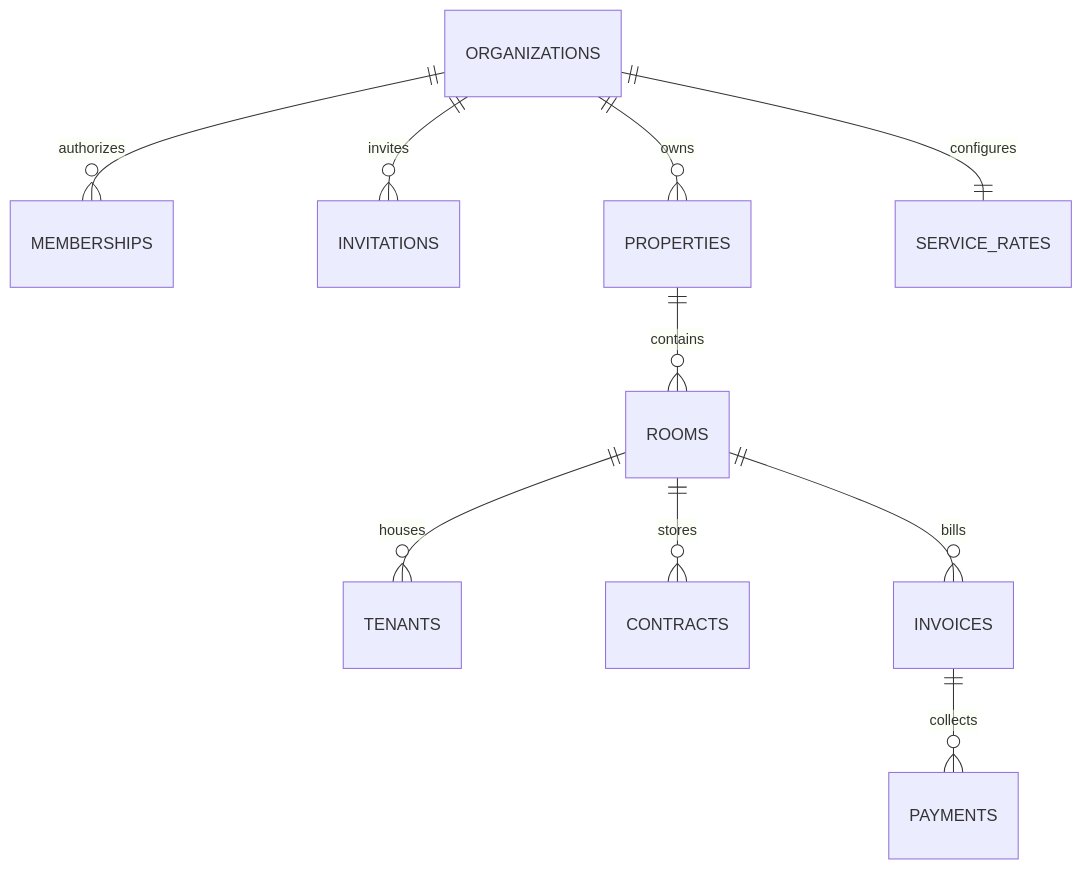
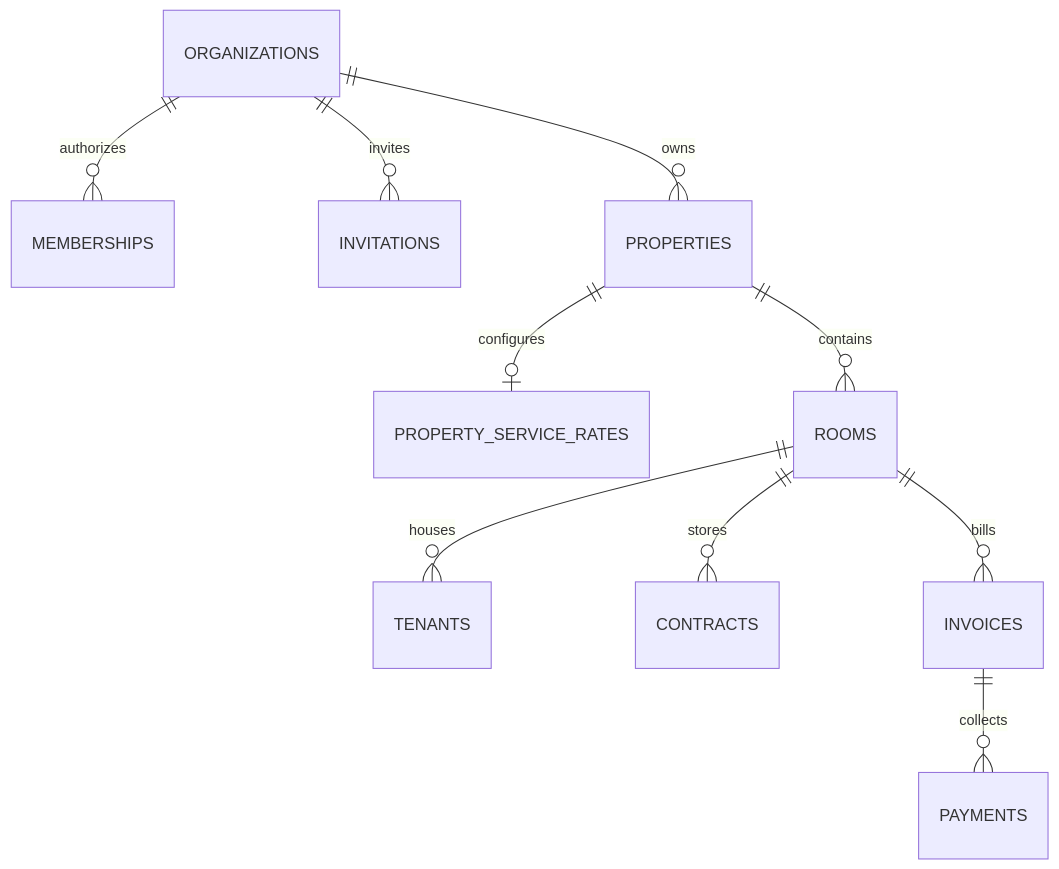
Before and after one commit to AzuraDev202/Rental-Room-Management: the diagram in docs/database.md, drawn with Mermaid. The commit also changed other lines of this file and 11 other files, not shown here.

Commit message:
Configure service rates per property and hide rates for empty workspaces

````diff
--- a/docs/database.md
+++ b/docs/database.md
@@ -5,12 +5,12 @@
 ```mermaid
 erDiagram
   ORGANIZATIONS ||--o{ MEMBERSHIPS : authorizes
   ORGANIZATIONS ||--o{ INVITATIONS : invites
   ORGANIZATIONS ||--o{ PROPERTIES : owns
-  ORGANIZATIONS ||--|| SERVICE_RATES : configures
+  PROPERTIES ||--o| PROPERTY_SERVICE_RATES : configures
   PROPERTIES ||--o{ ROOMS : contains
   ROOMS ||--o{ TENANTS : houses
   ROOMS ||--o{ CONTRACTS : stores
   ROOMS ||--o{ INVOICES : bills
   INVOICES ||--o{ PAYMENTS : collects
 ```
````
